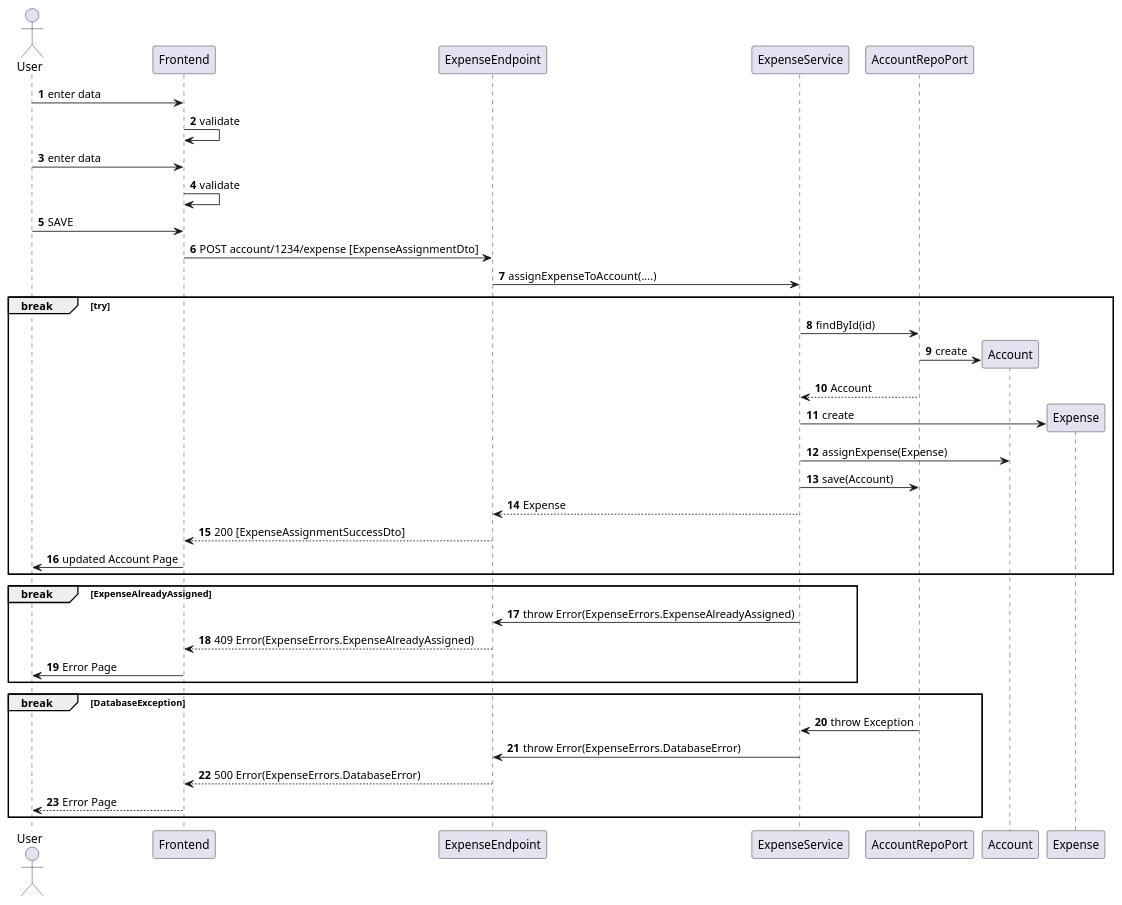
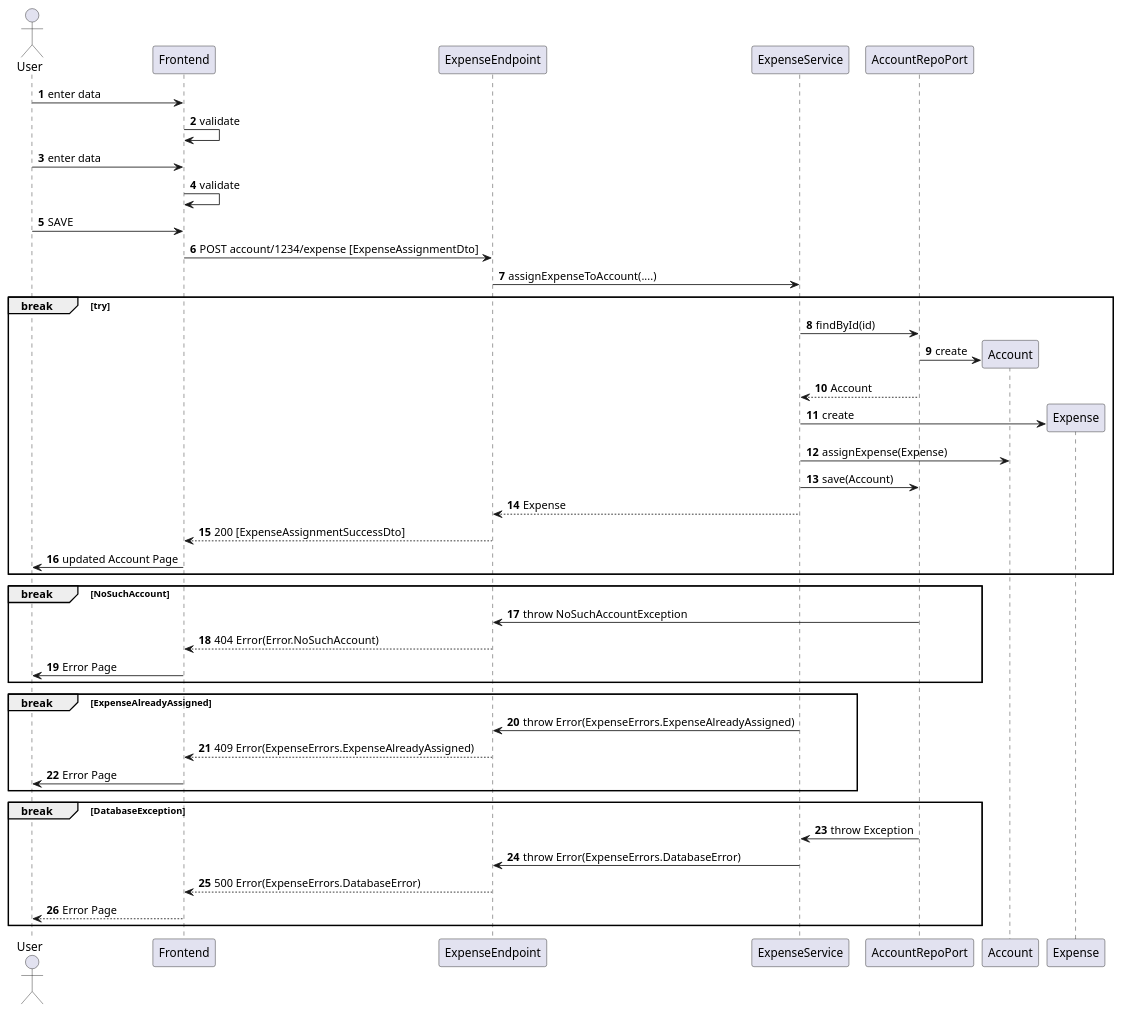
One commit to onouv/expenses changed the diagram in doc/implementation/backend/use-cases/assign-expense/assign-expense.seq.puml. Above: the diagram before and after it, drawn with PlantUML. The commit also changed 6 other files, not shown here.

Commit message:
doc: inital UI flow concept

```diff
--- a/doc/implementation/backend/use-cases/assign-expense/assign-expense.seq.puml
+++ b/doc/implementation/backend/use-cases/assign-expense/assign-expense.seq.puml
@@ -1,37 +1,40 @@
 @startuml
 'https://plantuml.com/sequence-diagram
 actor User
 autonumber
 User -> Frontend: enter data
 Frontend -> Frontend: validate
 User -> Frontend: enter data
 Frontend -> Frontend: validate
 User -> Frontend: SAVE
 Frontend -> ExpenseEndpoint: POST account/1234/expense [ExpenseAssignmentDto]
 ExpenseEndpoint -> ExpenseService: assignExpenseToAccount(....)
 break try
 ExpenseService -> AccountRepoPort: findById(id)
 AccountRepoPort -> Account ** : create
 ExpenseService <-- AccountRepoPort: Account
 ExpenseService -> Expense ** : create
-
-
 ExpenseService -> Account: assignExpense(Expense)
 ExpenseService -> AccountRepoPort: save(Account)
 ExpenseEndpoint <-- ExpenseService: Expense
 Frontend <-- ExpenseEndpoint: 200 [ExpenseAssignmentSuccessDto]
 User <- Frontend: updated Account Page
+end break
+break NoSuchAccount
+ExpenseEndpoint <- AccountRepoPort: throw NoSuchAccountException
+Frontend <-- ExpenseEndpoint: 404 Error(Error.NoSuchAccount)
+User <- Frontend: Error Page
 end break
 break ExpenseAlreadyAssigned
 ExpenseEndpoint <- ExpenseService: throw Error(ExpenseErrors.ExpenseAlreadyAssigned)
 Frontend <-- ExpenseEndpoint: 409 Error(ExpenseErrors.ExpenseAlreadyAssigned)
 User <- Frontend: Error Page
 end break
 break DatabaseException
 ExpenseService <- AccountRepoPort: throw Exception
 ExpenseEndpoint <- ExpenseService: throw Error(ExpenseErrors.DatabaseError)
 Frontend <-- ExpenseEndpoint: 500 Error(ExpenseErrors.DatabaseError)
 User <-- Frontend: Error Page
 end break
 
 @enduml
```
